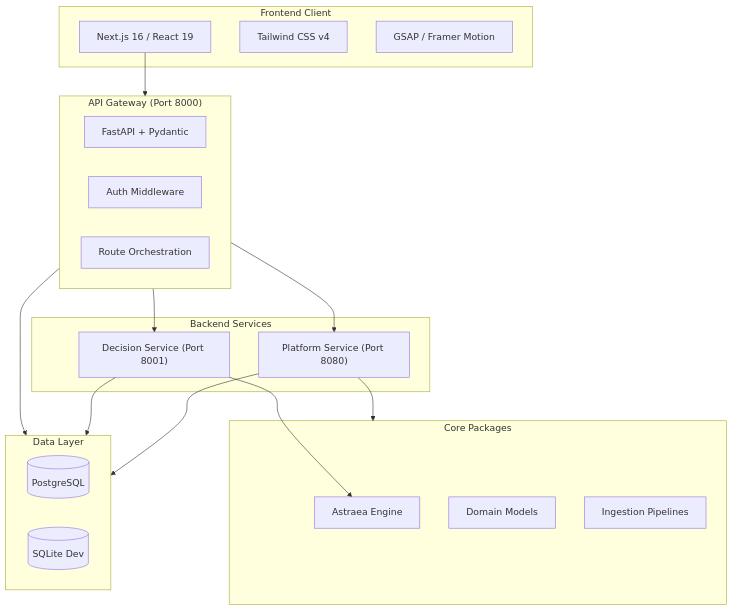
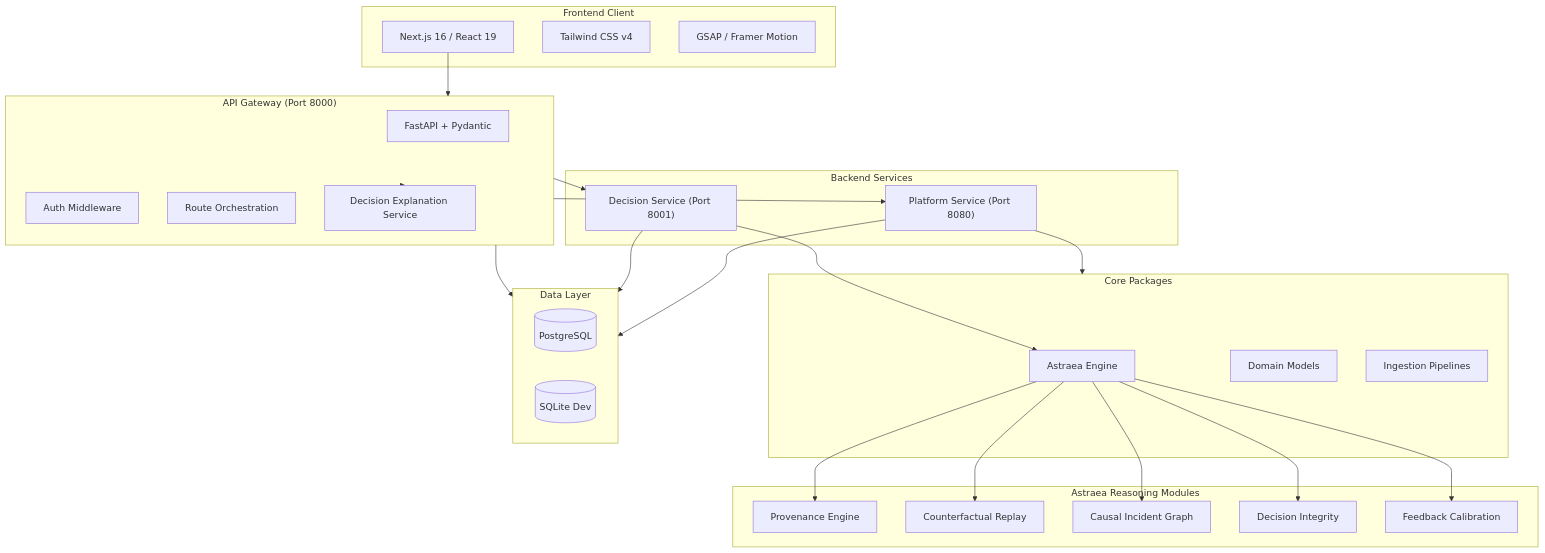
Before and after one commit to AngelP17/Praxis: the second of 3 diagrams in README.md, drawn with Mermaid. The commit also changed other lines of this file and 50 other files, not shown here.

First line of the commit message:
feat: v1.2.0 Causal Replay Decision Framework + production hardening

````diff
--- a/README.md
+++ b/README.md
@@ -129,39 +152,54 @@
 ```mermaid
 flowchart TB
     subgraph Client["Frontend Client"]
         NextJS["Next.js 16 / React 19"]
         Tailwind["Tailwind CSS v4"]
         GSAP["GSAP / Framer Motion"]
     end
 
     subgraph Gateway["API Gateway (Port 8000)"]
         FastAPI["FastAPI + Pydantic"]
         Auth["Auth Middleware"]
         Router["Route Orchestration"]
+        Explain["Decision Explanation Service"]
     end
 
     subgraph Services["Backend Services"]
         Decision["Decision Service (Port 8001)"]
         Platform["Platform Service (Port 8080)"]
     end
 
     subgraph Core["Core Packages"]
         Astraea["Astraea Engine"]
         Domain["Domain Models"]
         Pipelines["Ingestion Pipelines"]
     end
 
+    subgraph ReasoningCore["Astraea Reasoning Modules"]
+        Prov["Provenance Engine"]
+        CF["Counterfactual Replay"]
+        CIG["Causal Incident Graph"]
+        Integ["Decision Integrity"]
+        Calib["Feedback Calibration"]
+    end
+
     subgraph Data["Data Layer"]
         Postgres[(PostgreSQL)]
         SQLite[(SQLite Dev)]
     end
 
     NextJS --> Gateway
     Gateway --> Decision
     Gateway --> Platform
+    Gateway --> Explain
     Decision --> Astraea
+    Astraea --> Prov
+    Astraea --> CF
+    Astraea --> CIG
+    Astraea --> Integ
+    Astraea --> Calib
     Platform --> Core
     Gateway --> Data
     Decision --> Data
     Platform --> Data
 ```
````
